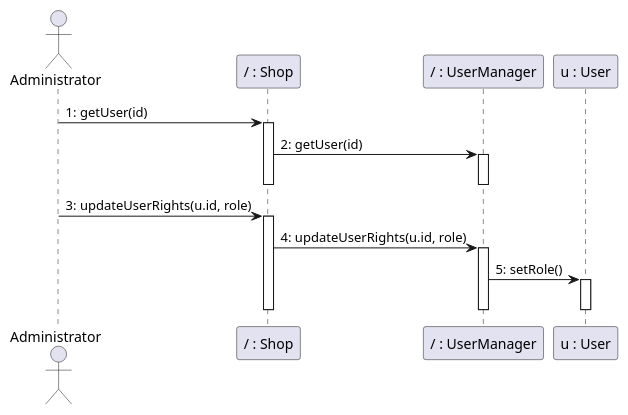
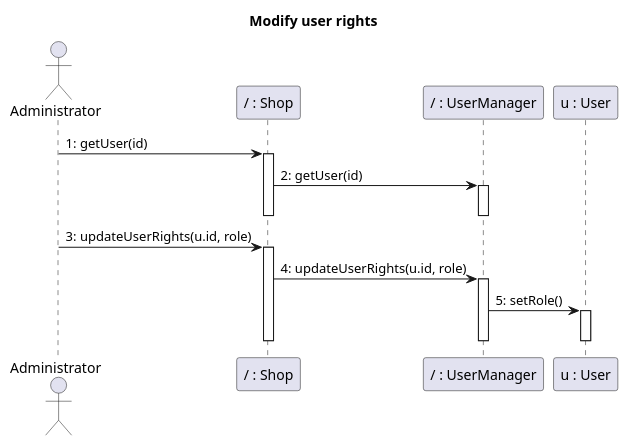
One commit to nicolabattaglino/ezshop changed the tenth of 30 diagrams in Deliverables/DesignDocument.md. Above: the diagram before and after it, drawn with PlantUML. The commit also changed other lines of this file, not shown here.

````diff
--- a/Deliverables/DesignDocument.md
+++ b/Deliverables/DesignDocument.md
@@ -703,26 +705,27 @@
 ```plantuml
 @startuml
+title Modify user rights
 actor Administrator
 participant "/ : Shop" as Shop
 participant "/ : UserManager" as UserManager
 participant "u : User" as User
 
 Administrator -> Shop: 1: getUser(id)
 activate Shop
 Shop -> UserManager: 2: getUser(id)
 activate UserManager
 deactivate UserManager
 deactivate Shop
 
 Administrator -> Shop: 3: updateUserRights(u.id, role)
 activate Shop
 Shop -> UserManager: 4: updateUserRights(u.id, role)
 activate UserManager
 UserManager -> User: 5: setRole()
 activate User
 deactivate User
 deactivate UserManager
 deactivate Shop
 
 @enduml
 ```
````
